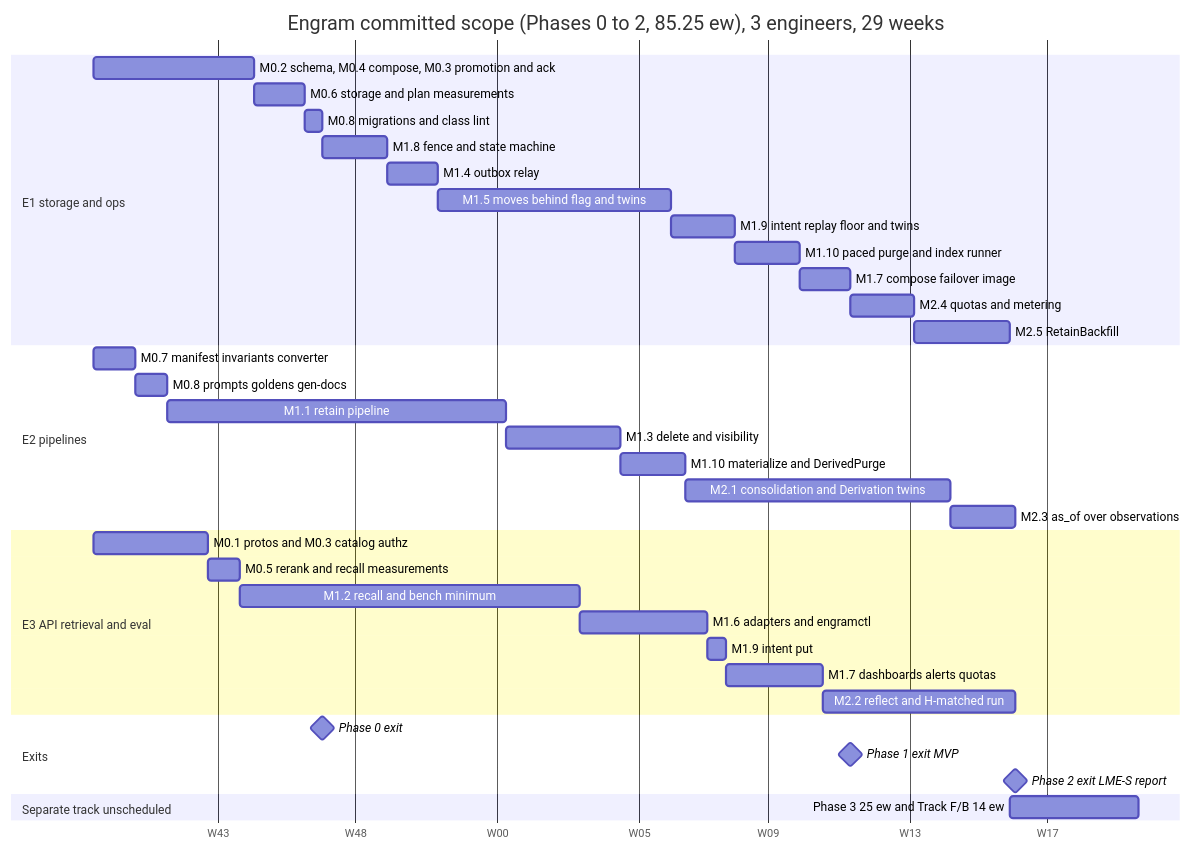
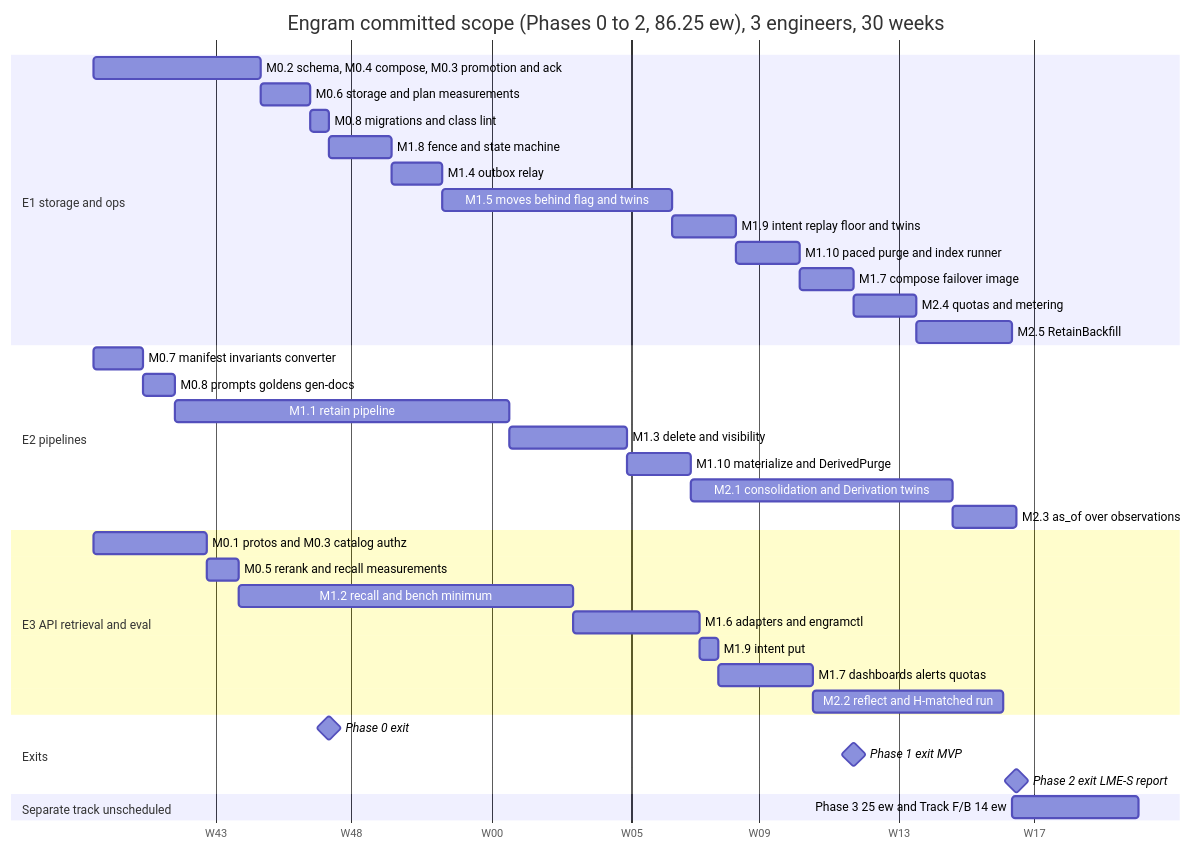
Before and after one commit to gstamatakis95/agent-memory-benchmark: the diagram in plans/engram/sections/10-roadmap.md, drawn with Mermaid. The commit also changed other lines of this file and 21 other files, not shown here.

````diff
--- a/plans/engram/sections/10-roadmap.md
+++ b/plans/engram/sections/10-roadmap.md
@@ -120,40 +120,40 @@
 ```mermaid
 gantt
-  title Engram committed scope (Phases 0 to 2, 85.25 ew), 3 engineers, 29 weeks
+  title Engram committed scope (Phases 0 to 2, 86.25 ew), 3 engineers, 30 weeks
   dateFormat  YYYY-MM-DD
   axisFormat  W%W
   section E1 storage and ops
-  M0.2 schema, M0.4 compose, M0.3 promotion and ack :e1a, 2026-10-05, 35d
+  M0.2 schema, M0.4 compose, M0.3 promotion and ack :e1a, 2026-10-05, 37d
   M0.6 storage and plan measurements     :e1b, after e1a, 11d
   M0.8 migrations and class lint         :e1d, after e1b, 4d
   M1.8 fence and state machine           :e1e, after e1d, 14d
   M1.4 outbox relay                      :e1f, after e1e, 11d
   M1.5 moves behind flag and twins        :e1g, after e1f, 51d
   M1.9 intent replay floor and twins    :e1h, after e1g, 14d
   M1.10 paced purge and index runner     :e1i, after e1h, 14d
-  M1.7 compose failover image            :e1j, after e1i, 11d
+  M1.7 compose failover image            :e1j, after e1i, 12d
   M2.4 quotas and metering               :e1k, after e1j, 14d
   M2.5 RetainBackfill                    :e1l, after e1k, 21d
   section E2 pipelines
-  M0.7 manifest invariants converter       :e2a, 2026-10-05, 9d
+  M0.7 manifest invariants converter       :e2a, 2026-10-05, 11d
   M0.8 prompts goldens gen-docs          :e2b, after e2a, 7d
   M1.1 retain pipeline                   :e2c, after e2b, 74d
-  M1.3 delete and visibility             :e2d, after e2c, 25d
+  M1.3 delete and visibility             :e2d, after e2c, 26d
   M1.10 materialize and DerivedPurge     :e2e, after e2d, 14d
   M2.1 consolidation and Derivation twins :e2f, after e2e, 58d
   M2.3 as_of over observations           :e2g, after e2f, 14d
   section E3 API retrieval and eval
   M0.1 protos and M0.3 catalog authz     :e3a, 2026-10-05, 25d
   M0.5 rerank and recall measurements    :e3b, after e3a, 7d
   M1.2 recall and bench minimum          :e3c, after e3b, 74d
   M1.6 adapters and engramctl            :e3d, after e3c, 28d
   M1.9 intent put                        :e3e, after e3d, 4d
   M1.7 dashboards alerts quotas          :e3f, after e3e, 21d
   M2.2 reflect and H-matched run         :e3g, after e3f, 42d
   section Exits
   Phase 0 exit                           :milestone, after e1d, 0d
   Phase 1 exit MVP                       :milestone, after e1j, 0d
-  Phase 2 exit LME-S report              :milestone, after e3g, 0d
+  Phase 2 exit LME-S report              :milestone, after e2g, 0d
   section Separate track unscheduled
   Phase 3 25 ew and Track F/B 14 ew      :sep, after e1l, 28d
 ```
````
